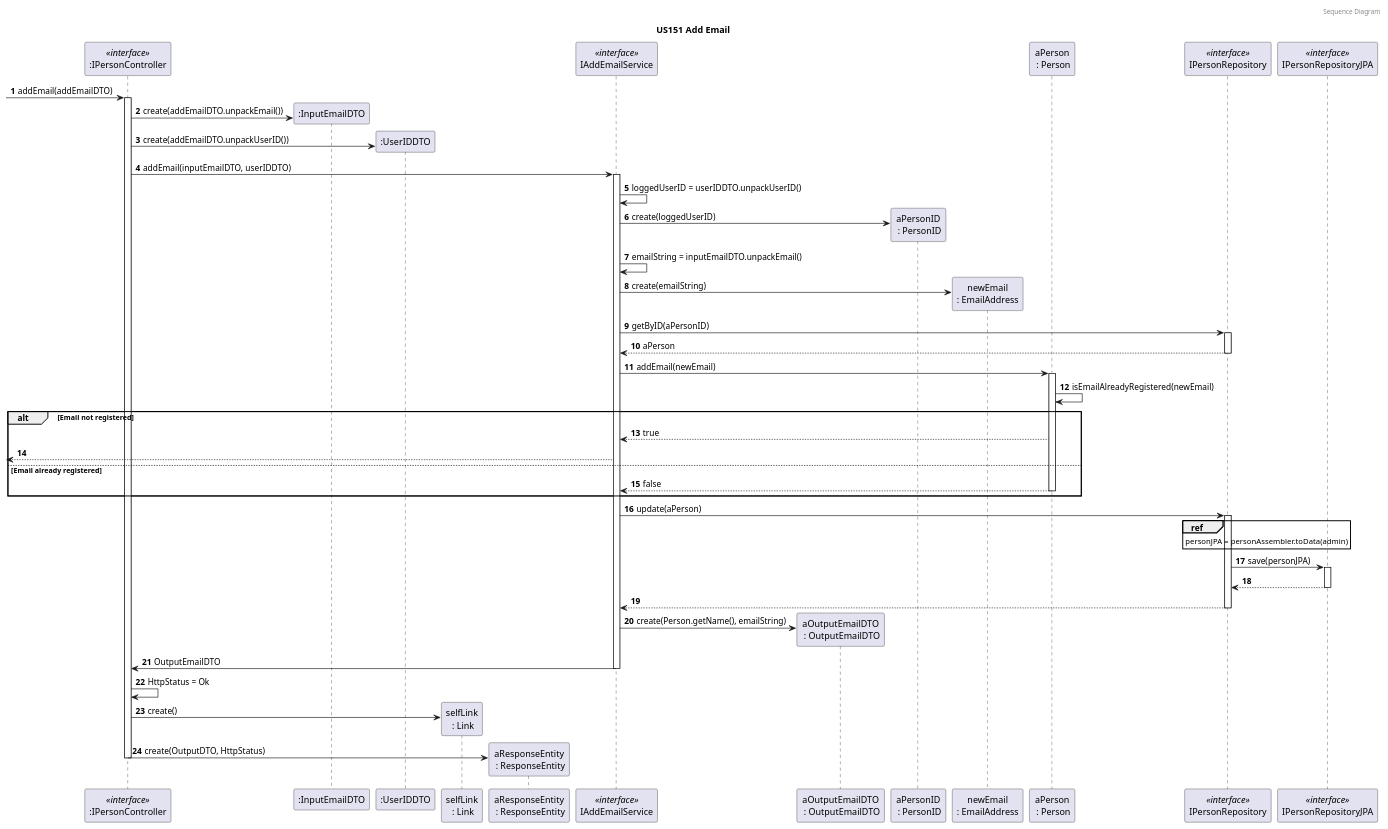
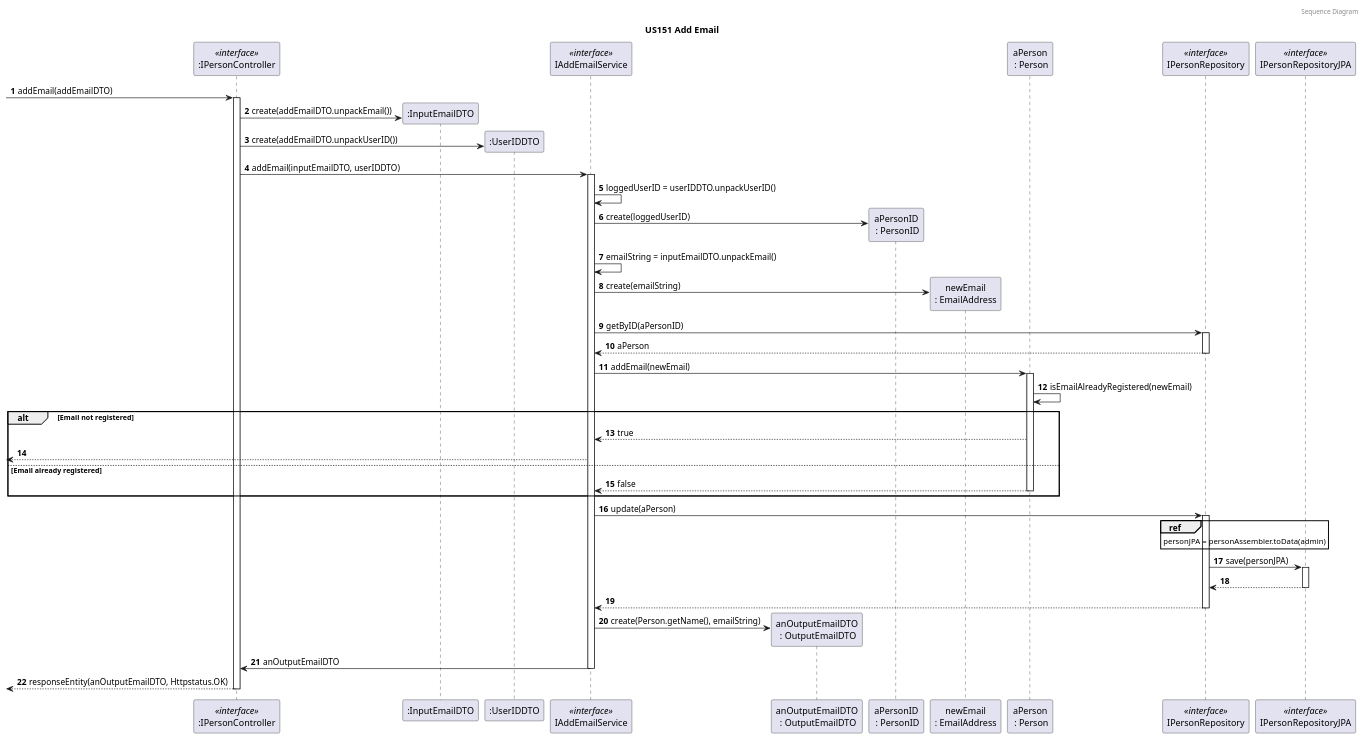
The fourth of 4 diagrams in docs/sprint5/user_stories/US151_AddEmail.md (tomas-osswald/switch_2020_g3), drawn with PlantUML before and after one commit. The commit also changed 3 other files, not shown here.

`````diff
--- a/docs/sprint5/user_stories/US151_AddEmail.md
+++ b/docs/sprint5/user_stories/US151_AddEmail.md
@@ -207,81 +207,76 @@
 ````puml
 @startuml
 
 autonumber
 header Sequence Diagram
 title US151 Add Email
 
 participant ":IPersonController" as controller <<interface>>
 participant ":InputEmailDTO" as inputemail
 participant ":UserIDDTO" as userdto
-participant "selfLink\n : Link" as link
-participant "aResponseEntity\n : ResponseEntity" as respEntity
 
 participant "IAddEmailService" as service <<interface>>
 
-participant "aOutputEmailDTO\n : OutputEmailDTO" as output
+participant "anOutputEmailDTO\n : OutputEmailDTO" as output
 
 participant "aPersonID\n : PersonID" as personid
 participant "newEmail\n: EmailAddress" as email
 participant "aPerson\n : Person" as person
 participant "IPersonRepository" as personRepository <<interface>>
 participant "IPersonRepositoryJPA" as repoJPA <<interface>>
 
 -> controller : addEmail(addEmailDTO)
 activate controller
 controller -> inputemail** : create(addEmailDTO.unpackEmail())
 controller -> userdto** : create(addEmailDTO.unpackUserID())
 controller -> service : addEmail(inputEmailDTO, userIDDTO)
 activate service
 
 service -> service : loggedUserID = userIDDTO.unpackUserID()
 service -> personid** : create(loggedUserID)
 
 service -> service : emailString = inputEmailDTO.unpackEmail()
 service -> email** : create(emailString)
 
 
 service -> personRepository : getByID(aPersonID)
 deactivate email
 activate personRepository
 return aPerson
 
 service -> person: addEmail(newEmail)
 activate person
 person -> person: isEmailAlreadyRegistered(newEmail)
 
 alt Email not registered
 
 person --> service: true
 <-- service:
 
 else Email already registered
 
 person --> service: false
 deactivate person
 
 end
 
 service -> personRepository : update(aPerson)
 activate personRepository
 
 ref over personRepository
 personJPA = personAssembler.toData(admin)
 end ref
 personRepository -> repoJPA : save(personJPA)
 activate repoJPA
 return
 return
 
 service -> output** : create(Person.getName(), emailString)
-service -> controller : OutputEmailDTO
+service -> controller : anOutputEmailDTO
 deactivate service
 
-controller -> controller : HttpStatus = Ok
-controller -> link** : create()
-controller -> respEntity** : create(OutputDTO, HttpStatus)
-
+<-- controller : responseEntity(anOutputEmailDTO, Httpstatus.OK)
 deactivate controller
 
 @enduml
 ````
`````
